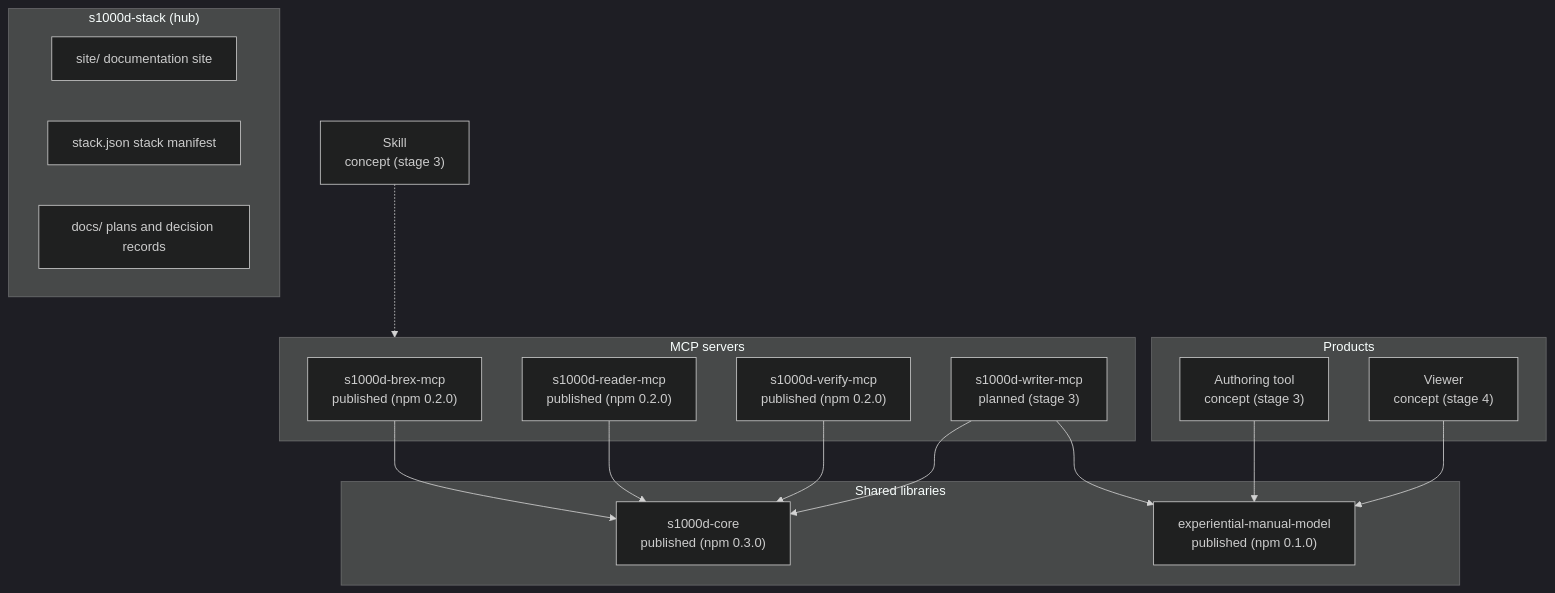
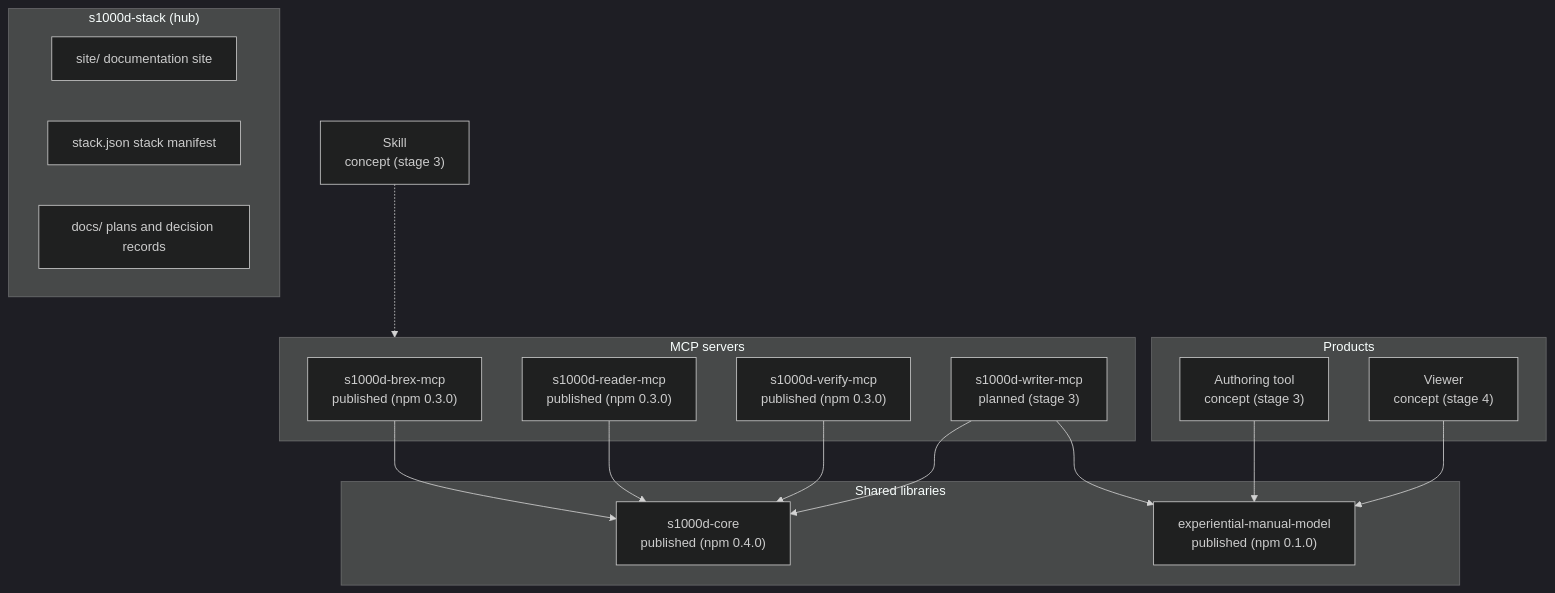
Before and after one commit to shuji-bonji/s1000d-stack: the diagram in site/src/content/docs/guide/architecture.md, drawn with Mermaid (dark theme). The commit also changed other lines of this file and 13 other files, not shown here.

First line of the commit message:
site: 設定ファイル（D-25）の説明を足し、README と版を core 0.4.0・MCP 0.3.0 に揃える

````diff
--- a/site/src/content/docs/guide/architecture.md
+++ b/site/src/content/docs/guide/architecture.md
@@ -10,31 +10,31 @@
 ```mermaid
 flowchart TB
   subgraph Hub["s1000d-stack (hub)"]
     SITE["site/ documentation site"]
     STACK["stack.json stack manifest"]
     DOCS["docs/ plans and decision records"]
   end
   subgraph Lib["Shared libraries"]
-    CORE["s1000d-core<br/>published (npm 0.3.0)"]
+    CORE["s1000d-core<br/>published (npm 0.4.0)"]
     MODEL["experiential-manual-model<br/>published (npm 0.1.0)"]
   end
   subgraph Mcp["MCP servers"]
-    BREX["s1000d-brex-mcp<br/>published (npm 0.2.0)"]
-    R["s1000d-reader-mcp<br/>published (npm 0.2.0)"]
-    V["s1000d-verify-mcp<br/>published (npm 0.2.0)"]
+    BREX["s1000d-brex-mcp<br/>published (npm 0.3.0)"]
+    R["s1000d-reader-mcp<br/>published (npm 0.3.0)"]
+    V["s1000d-verify-mcp<br/>published (npm 0.3.0)"]
     W["s1000d-writer-mcp<br/>planned (stage 3)"]
   end
   subgraph App["Products"]
     ED["Authoring tool<br/>concept (stage 3)"]
     VW["Viewer<br/>concept (stage 4)"]
   end
   SK["Skill<br/>concept (stage 3)"]
   BREX --> CORE
   R --> CORE
   V --> CORE
   W --> CORE
   W --> MODEL
   ED --> MODEL
   VW --> MODEL
   SK -.-> Mcp
 ```
````
